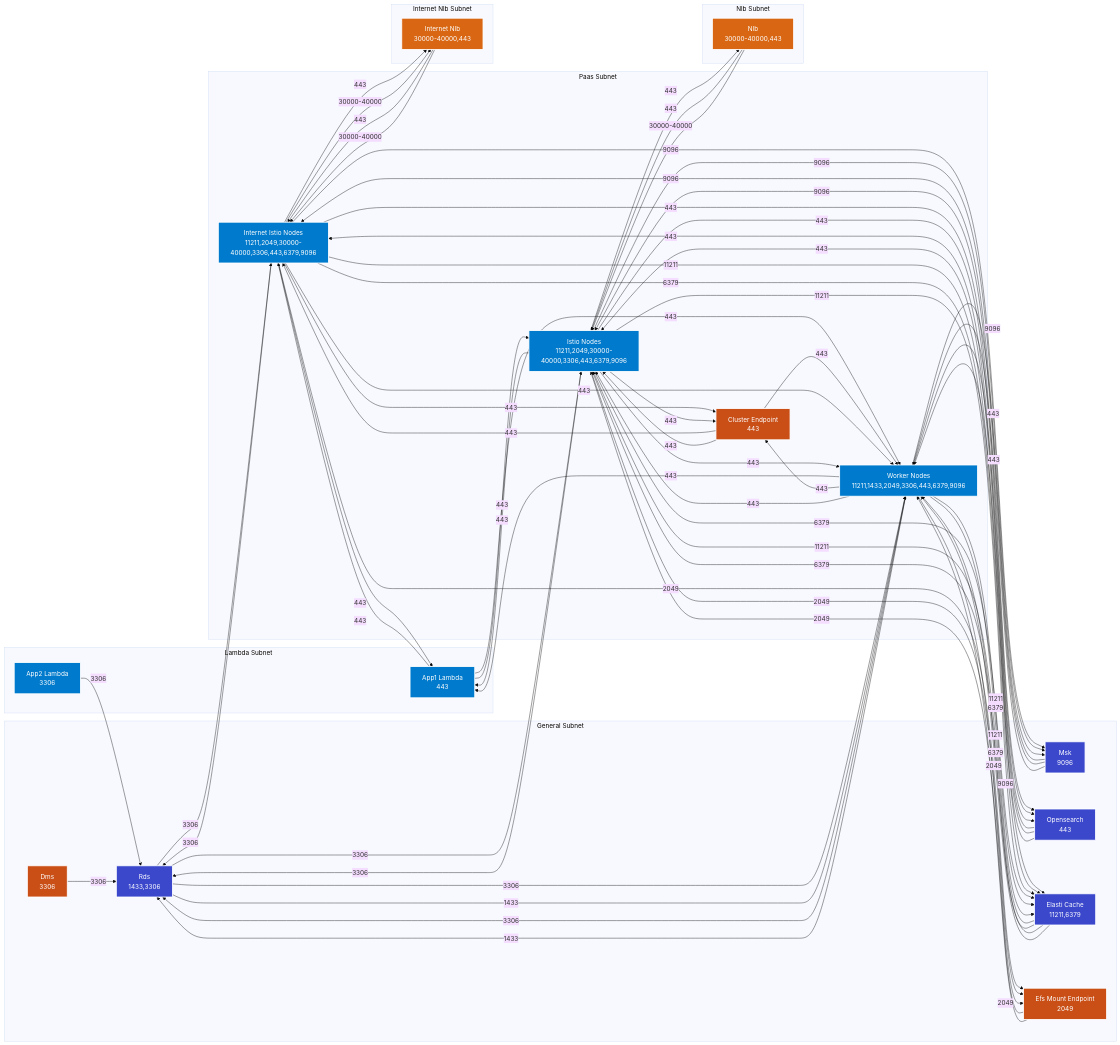
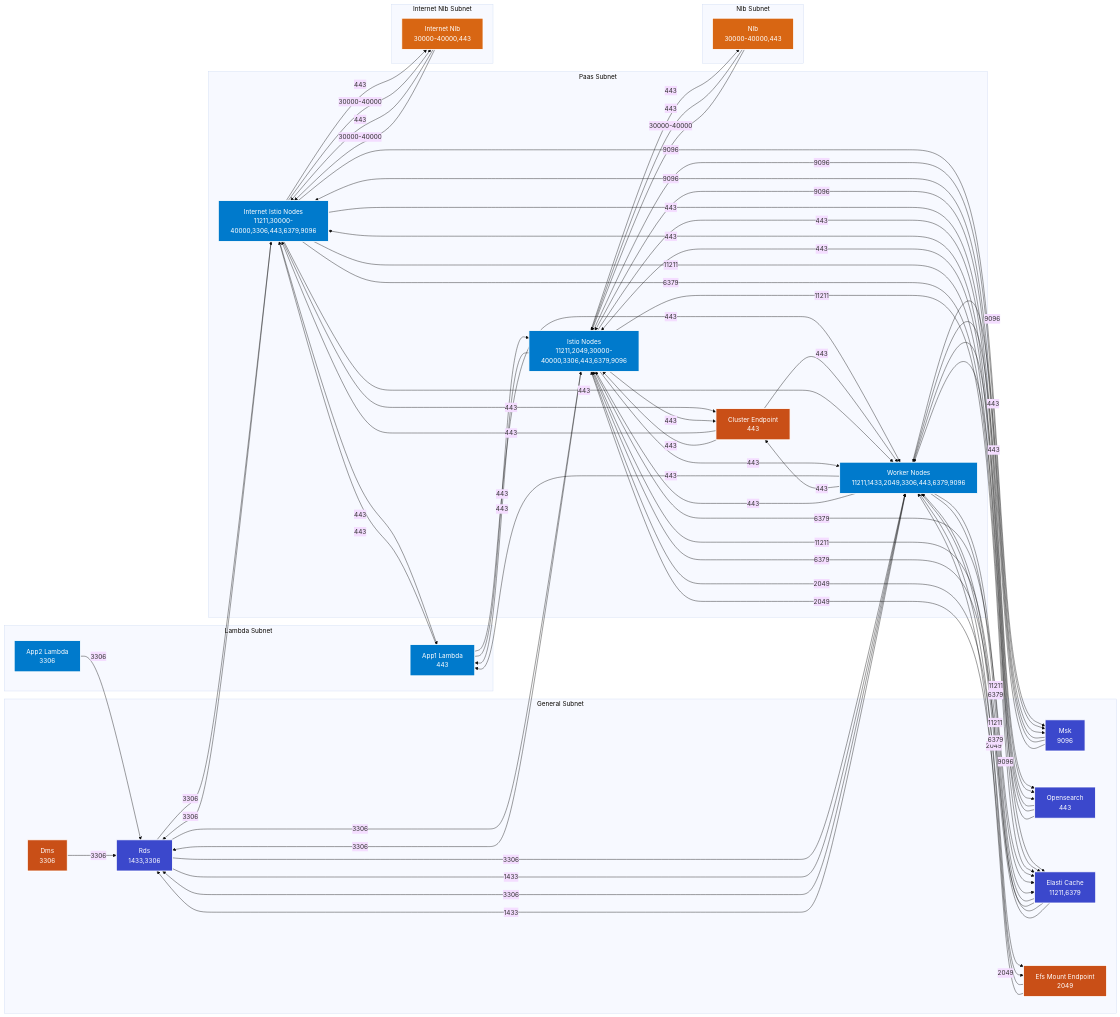
Before and after one commit to drewpypro/terraform-aws-sg-module-template: the diagram in README.MD, drawn with Mermaid (base theme). The commit also changed other lines of this file and 2 other files, not shown here.

Commit message:
Request4: remediate internet_nodes to efs endpoints

```diff
--- a/README.MD
+++ b/README.MD
@@ -125,7 +157,7 @@
     %% Paas Subnet
     subgraph paas_subnet [Paas Subnet]
         istio_nodes[Istio Nodes<br>11211,2049,30000-40000,3306,443,6379,9096]
-        internet_istio_nodes[Internet Istio Nodes<br>11211,2049,30000-40000,3306,443,6379,9096]
+        internet_istio_nodes[Internet Istio Nodes<br>11211,30000-40000,3306,443,6379,9096]
         worker_nodes[Worker Nodes<br>11211,1433,2049,3306,443,6379,9096]
         cluster_endpoint[Cluster Endpoint<br>443]
     end
@@ -163,7 +195,6 @@
     elasti_cache --> |6379| worker_nodes
     internet_istio_nodes --> |443| app1_lambda
     internet_istio_nodes --> |443| cluster_endpoint
-    internet_istio_nodes --> |2049| efs_mount_endpoint
     internet_istio_nodes --> |11211| elasti_cache
     internet_istio_nodes --> |6379| elasti_cache
     internet_istio_nodes --> |443| internet_nlb
```
